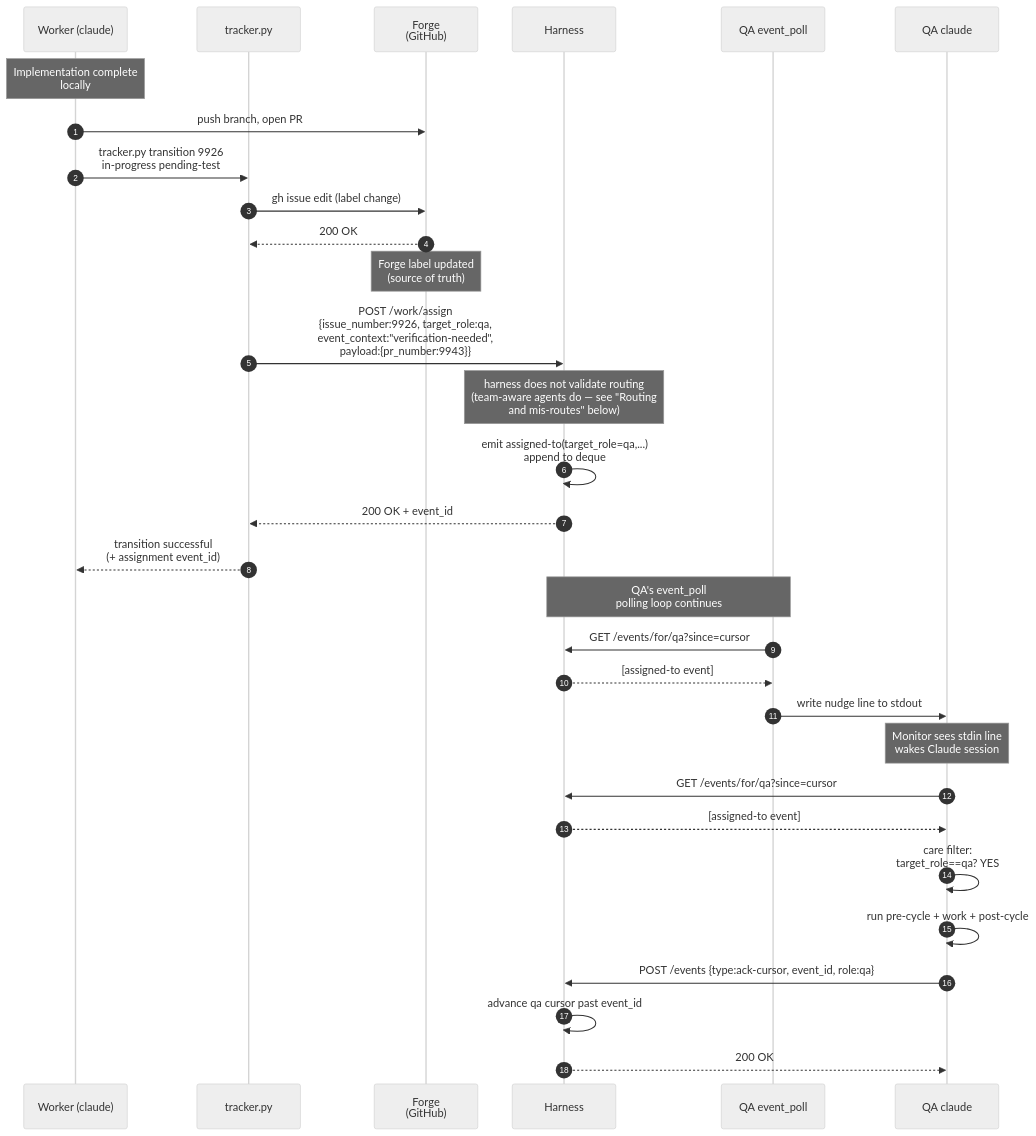
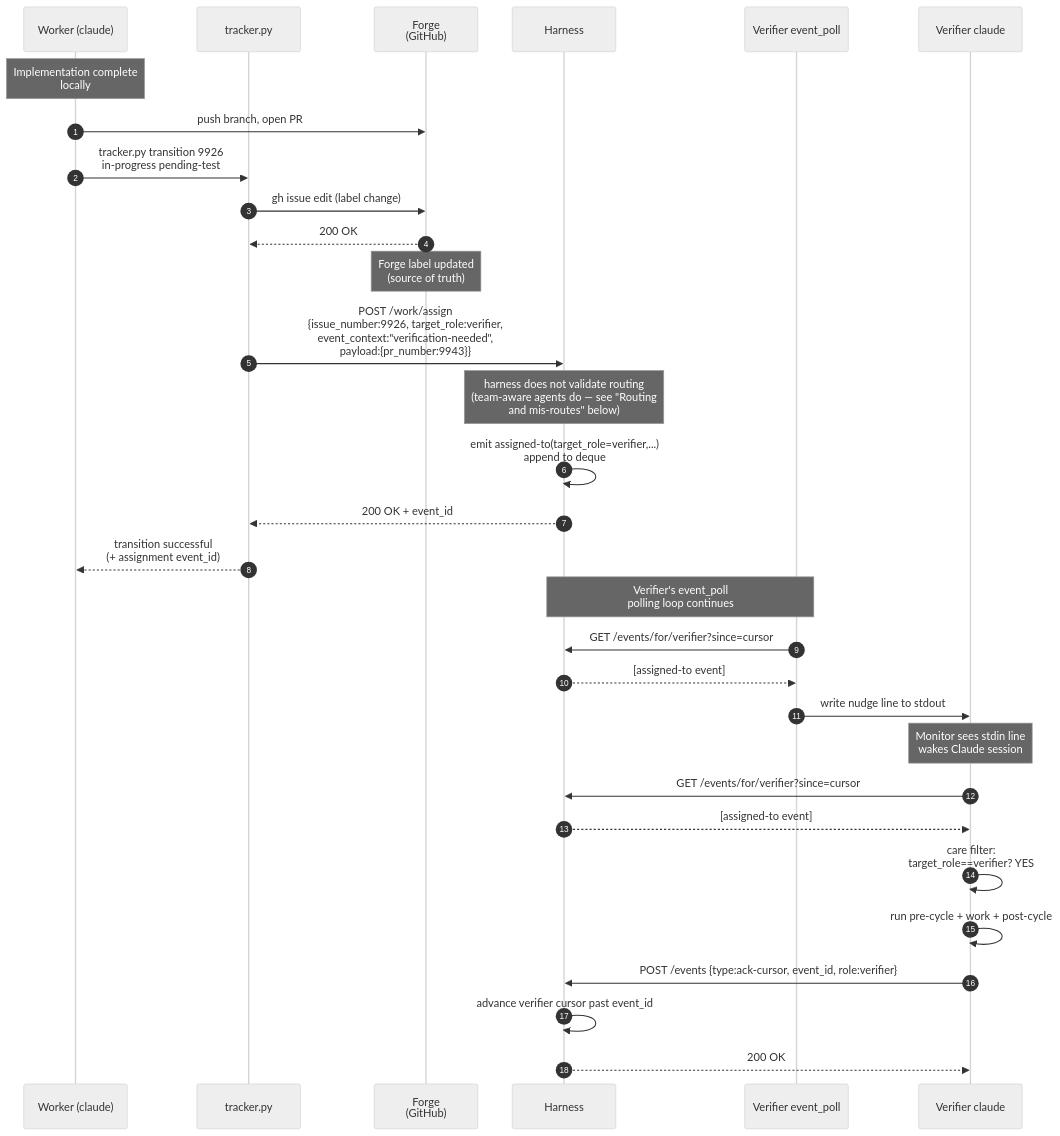
Before and after one commit to WallyDoodlez/SquidSquad: diagram 13 of 16 in docs/AGENT-RUNTIME.md, drawn with Mermaid (neutral theme). The commit also changed other lines of this file and 2 other files, not shown here.

First line of the commit message:
docs: terminology — qa → verifier (L2 capability layer is canonical)

````diff
--- a/docs/AGENT-RUNTIME.md
+++ b/docs/AGENT-RUNTIME.md
@@ -738,38 +738,38 @@
 ```mermaid
 sequenceDiagram
     autonumber
     participant W as Worker (claude)
     participant TR as tracker.py
     participant F as Forge<br/>(GitHub)
     participant H as Harness
-    participant VEP as QA event_poll
-    participant VC as QA claude
+    participant VEP as Verifier event_poll
+    participant VC as Verifier claude
 
     Note over W: Implementation complete<br/>locally
     W->>F: push branch, open PR #9943
 
     W->>TR: tracker.py transition 9926<br/>in-progress pending-test
     TR->>F: gh issue edit (label change)
     F-->>TR: 200 OK
     Note over F: Forge label updated<br/>(source of truth)
-    TR->>H: POST /work/assign<br/>{issue_number:9926, target_role:qa,<br/>event_context:"verification-needed",<br/>payload:{pr_number:9943}}
+    TR->>H: POST /work/assign<br/>{issue_number:9926, target_role:verifier,<br/>event_context:"verification-needed",<br/>payload:{pr_number:9943}}
     Note over H: harness does not validate routing<br/>(team-aware agents do — see "Routing<br/>and mis-routes" below)
-    H->>H: emit assigned-to(target_role=qa,...)<br/>append to deque
+    H->>H: emit assigned-to(target_role=verifier,...)<br/>append to deque
     H-->>TR: 200 OK + event_id
     TR-->>W: transition successful<br/>(+ assignment event_id)
 
-    Note over H,VEP: QA's event_poll<br/>polling loop continues
+    Note over H,VEP: Verifier's event_poll<br/>polling loop continues
 
-    VEP->>H: GET /events/for/qa?since=cursor
+    VEP->>H: GET /events/for/verifier?since=cursor
     H-->>VEP: [assigned-to event]
     VEP->>VC: write nudge line to stdout
     Note over VC: Monitor sees stdin line<br/>wakes Claude session
 
-    VC->>H: GET /events/for/qa?since=cursor
+    VC->>H: GET /events/for/verifier?since=cursor
     H-->>VC: [assigned-to event]
-    VC->>VC: care filter:<br/>target_role==qa? YES
+    VC->>VC: care filter:<br/>target_role==verifier? YES
     VC->>VC: run pre-cycle + work + post-cycle
-    VC->>H: POST /events {type:ack-cursor, event_id, role:qa}
-    H->>H: advance qa cursor past event_id
+    VC->>H: POST /events {type:ack-cursor, event_id, role:verifier}
+    H->>H: advance verifier cursor past event_id
     H-->>VC: 200 OK
 ```
````
